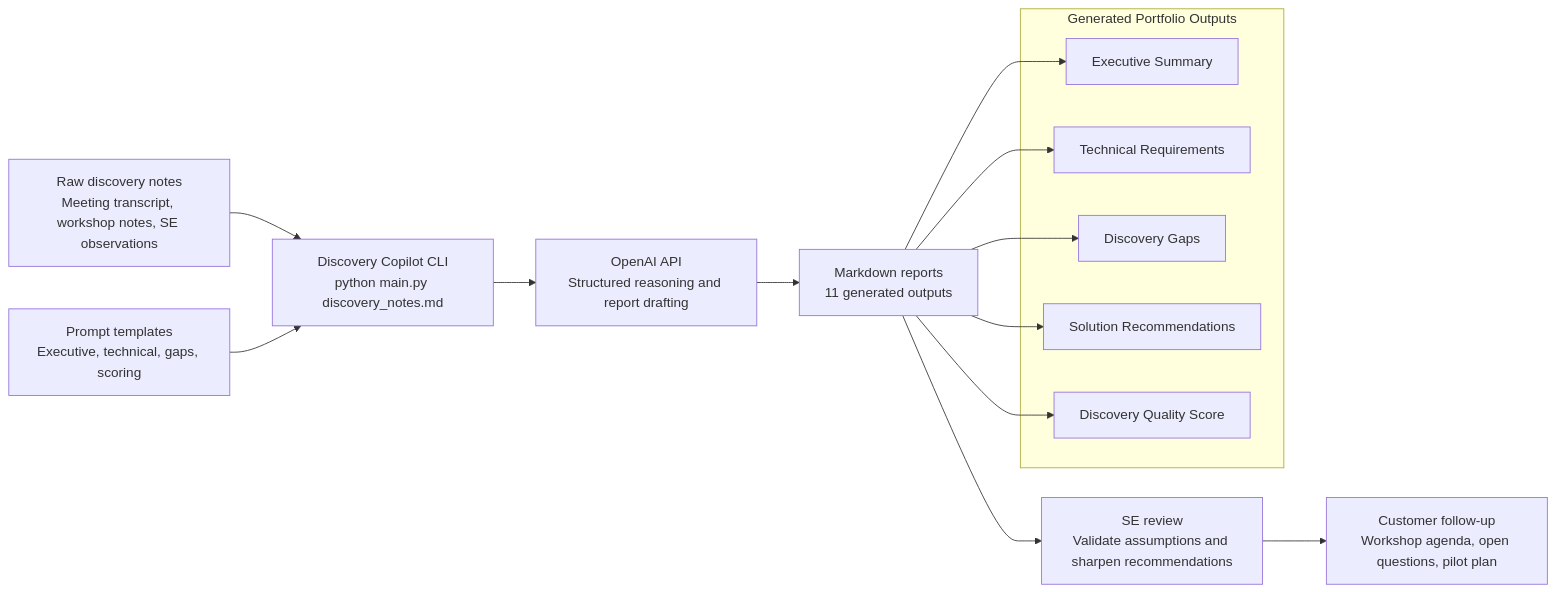
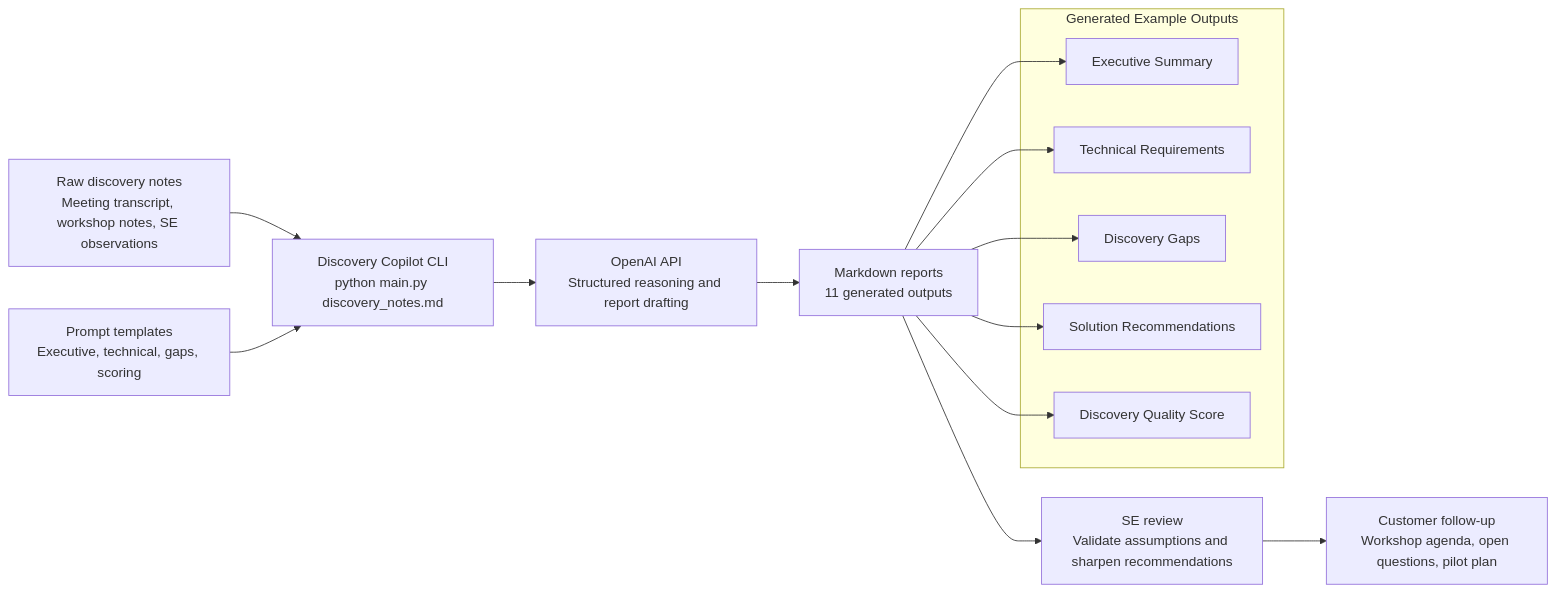
The diagram in examples/northstar_retail_group/visuals/solution_flow.mmd (fabricioartur/Discovery-Copilot), drawn with Mermaid before and after one commit. The commit also changed 10 other files, not shown here.

```diff
--- a/examples/northstar_retail_group/visuals/solution_flow.mmd
+++ b/examples/northstar_retail_group/visuals/solution_flow.mmd
@@ -1,29 +1,29 @@
 flowchart LR
     A["Raw discovery notes<br/>Meeting transcript, workshop notes, SE observations"]
     B["Discovery Copilot CLI<br/>python main.py discovery_notes.md"]
     C["Prompt templates<br/>Executive, technical, gaps, scoring"]
     D["OpenAI API<br/>Structured reasoning and report drafting"]
     E["Markdown reports<br/>11 generated outputs"]
     F["SE review<br/>Validate assumptions and sharpen recommendations"]
     G["Customer follow-up<br/>Workshop agenda, open questions, pilot plan"]
 
     A --> B
     C --> B
     B --> D
     D --> E
     E --> F
     F --> G
 
-    subgraph Outputs["Generated Portfolio Outputs"]
+    subgraph Outputs["Generated Example Outputs"]
         E1["Executive Summary"]
         E2["Technical Requirements"]
         E3["Discovery Gaps"]
         E4["Solution Recommendations"]
         E5["Discovery Quality Score"]
     end
 
     E --> E1
     E --> E2
     E --> E3
     E --> E4
     E --> E5
```
